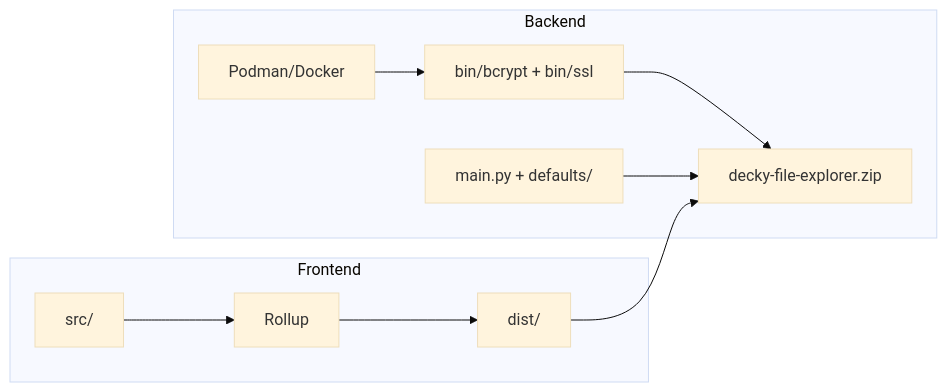
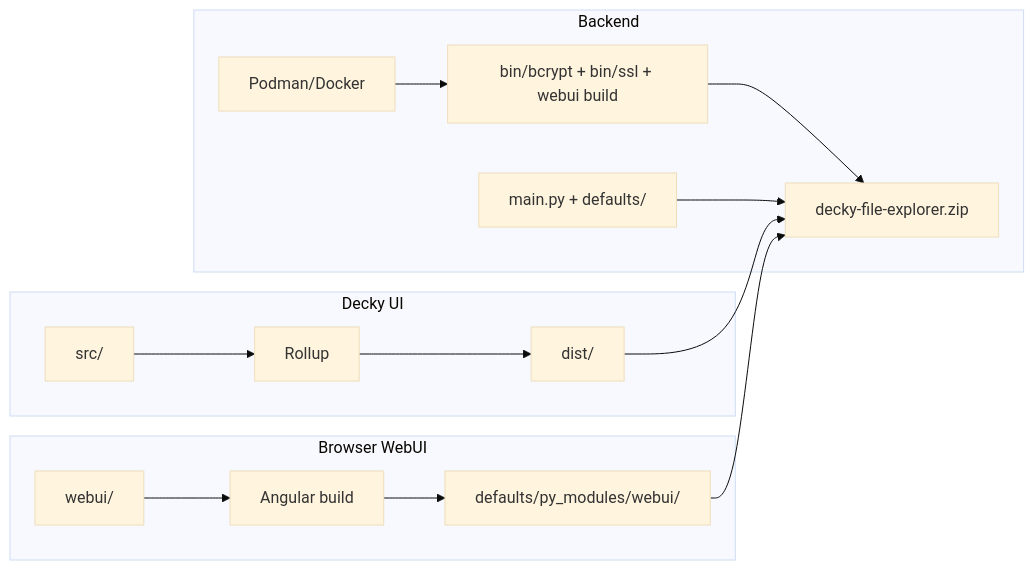
One commit to barrence01/decky-file-explorer changed the diagram in BUILD.md. Above: the diagram before and after it, drawn with Mermaid (base theme). The commit also changed other lines of this file and 61 other files, not shown here.

First line of the commit message:
Enhance webUI integration and build process

````diff
--- a/BUILD.md
+++ b/BUILD.md
@@ -13,13 +14,18 @@
 ```mermaid
 flowchart LR
-  subgraph frontend [Frontend]
+  subgraph deckyUI [Decky UI]
     src[src/] --> rollup[Rollup]
     rollup --> dist[dist/]
   end
+  subgraph browserUI [Browser WebUI]
+    webuiSrc[webui/] --> ngBuild[Angular build]
+    ngBuild --> webuiOut[defaults/py_modules/webui/]
+  end
   subgraph backend [Backend]
-    docker[Podman/Docker] --> bin[bin/bcrypt + bin/ssl]
+    docker[Podman/Docker] --> bin[bin/bcrypt + bin/ssl + webui build]
     py[main.py + defaults/] --> zip[decky-file-explorer.zip]
   end
   dist --> zip
+  webuiOut --> zip
   bin --> zip
 ```
````
